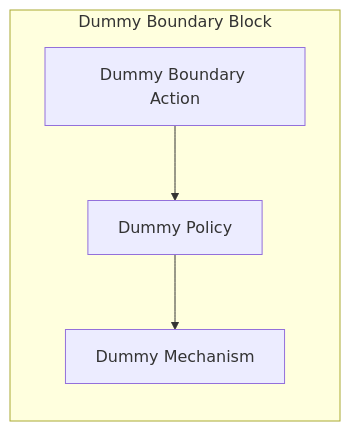
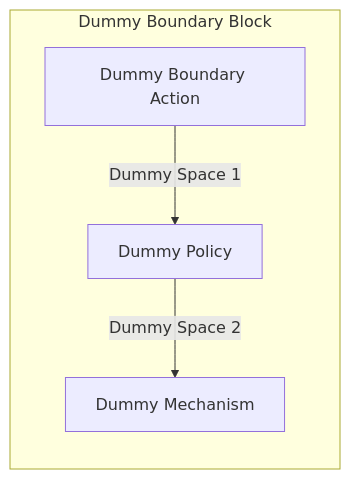
The diagram in examples/StarterRepo/reports/Dummy Boundary Block.md (BlockScience/MSML), drawn with Mermaid before and after one commit. The commit also changed other lines of this file and 11 other files, not shown here.

````diff
--- a/examples/StarterRepo/reports/Dummy Boundary Block.md
+++ b/examples/StarterRepo/reports/Dummy Boundary Block.md
@@ -3,11 +3,11 @@
 ```mermaid
 graph TB
 subgraph X4[Dummy Boundary Block]
 direction TB
 X1[Dummy Boundary Action]
 X2[Dummy Policy]
 X3[Dummy Mechanism]
-X1-->X2
-X2-->X3
+X1--"Dummy Space 1"-->X2
+X2--"Dummy Space 2"-->X3
 end
 ```
````
